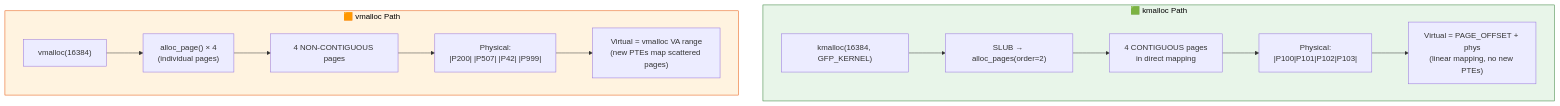
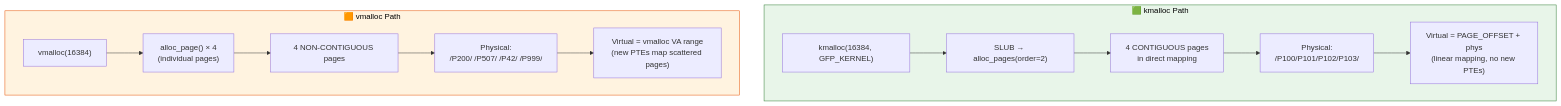
Before and after one commit to nilprajapati97/Linux: the first of 2 diagrams in MemoryManagement/06_vmalloc_vs_kmalloc.md, drawn with Mermaid. The commit also changed other lines of this file and 68 other files, not shown here.

````diff
--- a/MemoryManagement/06_vmalloc_vs_kmalloc.md
+++ b/MemoryManagement/06_vmalloc_vs_kmalloc.md
@@ -387,23 +387,23 @@
 ```mermaid
 flowchart TB
     subgraph kmalloc_path["🟩 kmalloc Path"]
         KM1["kmalloc(16384, GFP_KERNEL)"]
         KM2["SLUB → alloc_pages(order=2)"]
         KM3["4 CONTIGUOUS pages\nin direct mapping"]
-        KM4["Physical:\n|P100|P101|P102|P103|"]
+        KM4["Physical:\n/P100/P101/P102/P103/"]
         KM5["Virtual = PAGE_OFFSET + phys\n(linear mapping, no new PTEs)"]
         KM1 --> KM2 --> KM3 --> KM4 --> KM5
     end
 
     subgraph vmalloc_path["🟧 vmalloc Path"]
         VM1["vmalloc(16384)"]
         VM2["alloc_page() × 4\n(individual pages)"]
         VM3["4 NON-CONTIGUOUS pages"]
-        VM4["Physical:\n|P200| |P507| |P42| |P999|"]
+        VM4["Physical:\n/P200/ /P507/ /P42/ /P999/"]
         VM5["Virtual = vmalloc VA range\n(new PTEs map scattered pages)"]
         VM1 --> VM2 --> VM3 --> VM4 --> VM5
     end
 
     style kmalloc_path fill:#e8f5e9,stroke:#2e7d32,color:#000
     style vmalloc_path fill:#fff3e0,stroke:#e65100,color:#000
 ```
````
